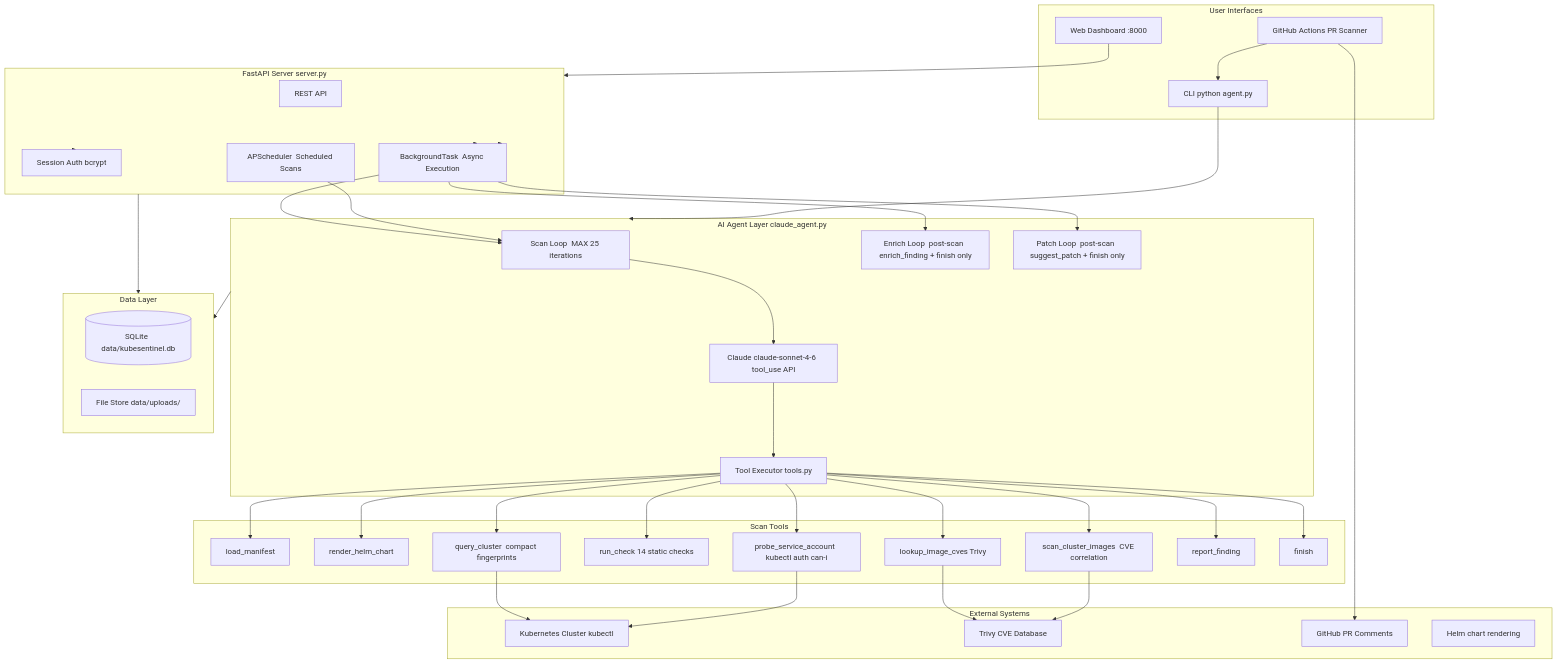
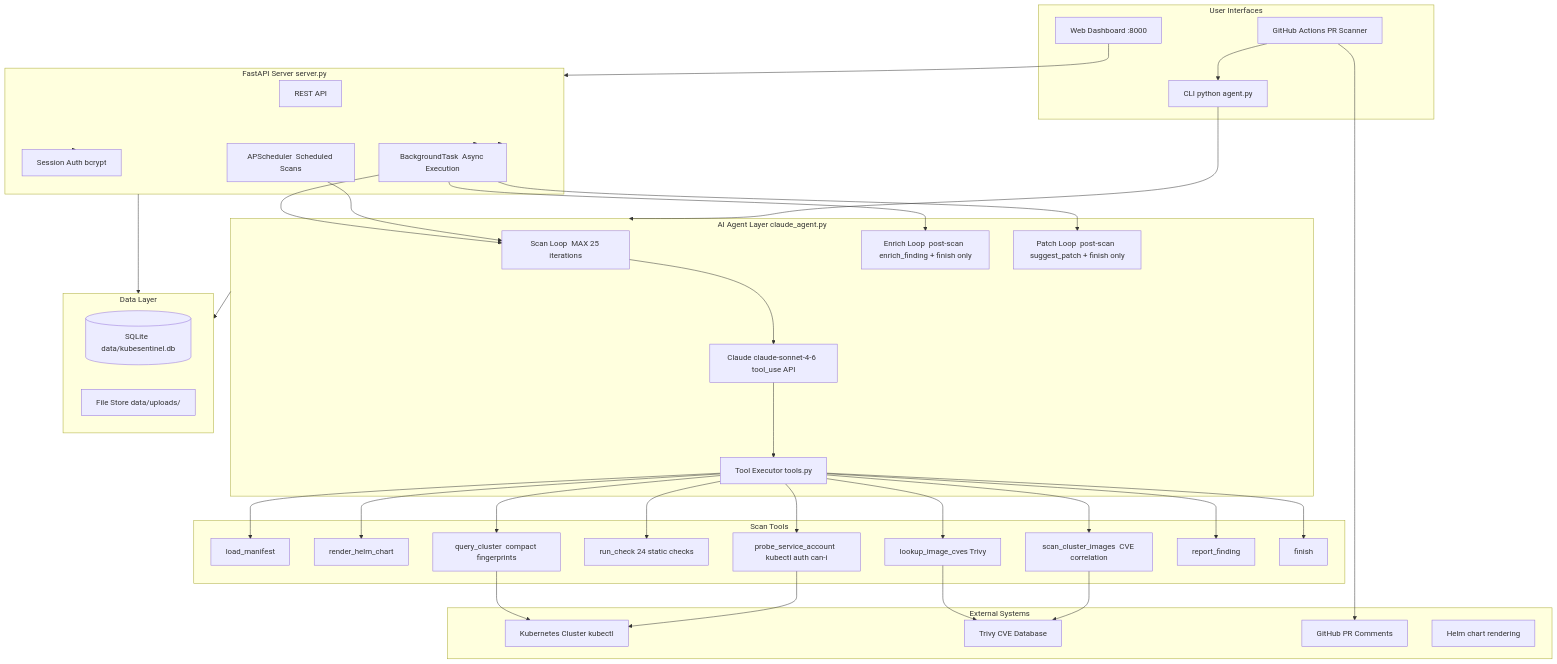
The diagram in README.md (jaydenaung/k8s-yaml-misconfig-checker-agent), drawn with Mermaid before and after one commit. The commit also changed other lines of this file and 2 other files, not shown here.

First line of the commit message:
feat: expand static checks from 14 to 24, add Render deploy button

````diff
--- a/README.md
+++ b/README.md
@@ -68,64 +70,64 @@
 ```mermaid
 graph TB
     subgraph Interfaces["User Interfaces"]
         CLI["CLI  python agent.py"]
         WEB["Web Dashboard  :8000"]
         GHA["GitHub Actions  PR Scanner"]
     end
 
     subgraph Server["FastAPI Server  server.py"]
         API["REST API"]
         AUTH["Session Auth  bcrypt"]
         SCHED["APScheduler  Scheduled Scans"]
         BG["BackgroundTask  Async Execution"]
     end
 
     subgraph Agent["AI Agent Layer  claude_agent.py"]
         LOOP["Scan Loop  MAX 25 iterations"]
         CLAUDE["Claude claude-sonnet-4-6  tool_use API"]
         TOOLS["Tool Executor  tools.py"]
         ENRICH["Enrich Loop  post-scan  enrich_finding + finish only"]
         PATCH["Patch Loop  post-scan  suggest_patch + finish only"]
     end
 
     subgraph ToolSet["Scan Tools"]
         T1["load_manifest"]
         T2["render_helm_chart"]
         T3["query_cluster  compact fingerprints"]
-        T4["run_check  14 static checks"]
+        T4["run_check  24 static checks"]
         T5["lookup_image_cves  Trivy"]
         T6["probe_service_account  kubectl auth can-i"]
         T7["scan_cluster_images  CVE correlation"]
         T8["report_finding"]
         T9["finish"]
     end
 
     subgraph Storage["Data Layer"]
         DB[("SQLite  data/kubesentinel.db")]
         FS["File Store  data/uploads/"]
     end
 
     subgraph External["External Systems"]
         K8S["Kubernetes Cluster  kubectl"]
         TRIVY["Trivy  CVE Database"]
         GH["GitHub  PR Comments"]
         HELM["Helm  chart rendering"]
     end
 
     CLI --> Agent
     WEB --> Server
     GHA --> CLI
     Server --> BG --> LOOP
     Server --> BG --> ENRICH
     Server --> BG --> PATCH
     SCHED --> LOOP
     LOOP --> CLAUDE --> TOOLS
     TOOLS --> T1 & T2 & T3 & T4 & T5 & T6 & T7 & T8 & T9
     T3 --> K8S
     T5 & T7 --> TRIVY
     T6 --> K8S
     Agent --> Storage
     Server --> Storage
     Server --> AUTH
     GHA --> GH
 ```
````
